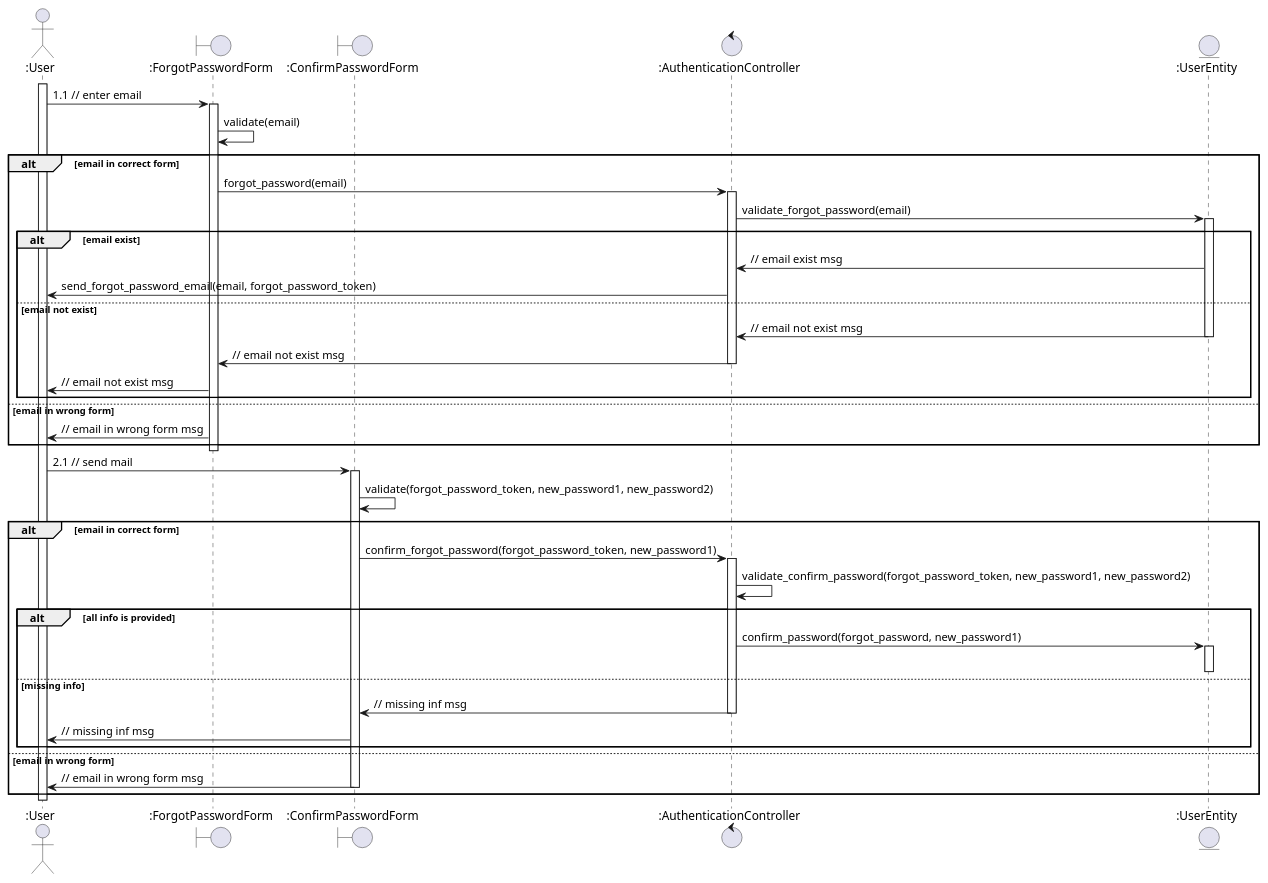
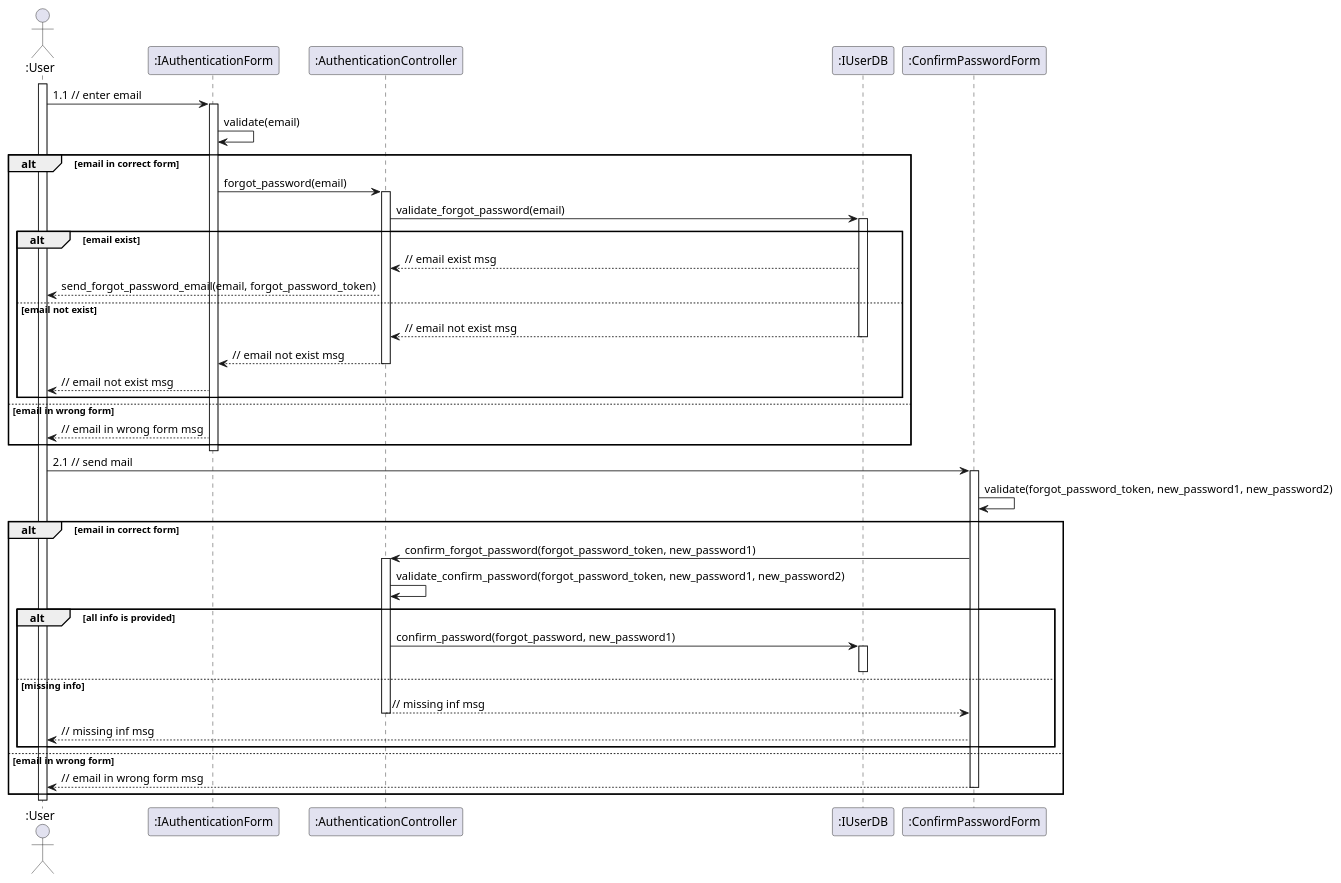
Before and after one commit to anonyhostvn/OOAD-Diagram: the diagram in sequence - design/authentication/forgotPassword.plantuml, drawn with PlantUML. The commit also changed 14 other files, not shown here.

Commit message:
sequenceDiagramAuthenticationUpdateFull

```diff
--- a/sequence - design/authentication/forgotPassword.plantuml
+++ b/sequence - design/authentication/forgotPassword.plantuml
@@ -1,63 +1,59 @@
 @startuml
 actor ":User"
-boundary ":ForgotPasswordForm"
-boundary ":ConfirmPasswordForm"
-control ":AuthenticationController"
-entity ":UserEntity"
 
 activate ":User"
-":User" -> ":ForgotPasswordForm" : 1.1 // enter email
-activate ":ForgotPasswordForm"
-":ForgotPasswordForm" -> ":ForgotPasswordForm" : validate(email)
+":User" -> ":IAuthenticationForm" : 1.1 // enter email
+activate ":IAuthenticationForm"
+":IAuthenticationForm" -> ":IAuthenticationForm" : validate(email)
 
 alt email in correct form
 
-":ForgotPasswordForm" -> ":AuthenticationController" : forgot_password(email)
+":IAuthenticationForm" -> ":AuthenticationController" : forgot_password(email)
 
 activate ":AuthenticationController"
-":AuthenticationController" -> ":UserEntity" : validate_forgot_password(email)
-activate ":UserEntity"
+":AuthenticationController" -> ":IUserDB" : validate_forgot_password(email)
+activate ":IUserDB"
 
 alt email exist
-":UserEntity" -> ":AuthenticationController" : // email exist msg
-":AuthenticationController" -> ":User" : send_forgot_password_email(email, forgot_password_token)
+":IUserDB" --> ":AuthenticationController" : // email exist msg
+":AuthenticationController" --> ":User" : send_forgot_password_email(email, forgot_password_token)
 else email not exist
 
-":UserEntity" -> ":AuthenticationController" : // email not exist msg
-deactivate ":UserEntity"
-":AuthenticationController" -> ":ForgotPasswordForm" : // email not exist msg
+":IUserDB" --> ":AuthenticationController" : // email not exist msg
+deactivate ":IUserDB"
+":AuthenticationController" --> ":IAuthenticationForm" : // email not exist msg
 deactivate ":AuthenticationController"
-":ForgotPasswordForm" -> ":User" : // email not exist msg
+":IAuthenticationForm" --> ":User" : // email not exist msg
 end
 
 else email in wrong form
-":ForgotPasswordForm" -> ":User" : // email in wrong form msg
+":IAuthenticationForm" --> ":User" : // email in wrong form msg
 
 end
-deactivate ":ForgotPasswordForm"
+deactivate ":IAuthenticationForm"
 ":User" -> ":ConfirmPasswordForm" : 2.1 // send mail
 activate ":ConfirmPasswordForm"
 ":ConfirmPasswordForm" -> ":ConfirmPasswordForm" : validate(forgot_password_token, new_password1, new_password2)
 alt email in correct form
 
 ":ConfirmPasswordForm" -> ":AuthenticationController" : confirm_forgot_password(forgot_password_token, new_password1)
 activate ":AuthenticationController"
 ":AuthenticationController" -> ":AuthenticationController" : validate_confirm_password(forgot_password_token, new_password1, new_password2)
 
 
 alt all info is provided
-":AuthenticationController" -> ":UserEntity" : confirm_password(forgot_password, new_password1)
+":AuthenticationController" -> ":IUserDB" : confirm_password(forgot_password, new_password1)
 
-activate ":UserEntity"
-deactivate ":UserEntity"
+activate ":IUserDB"
+deactivate ":IUserDB"
 else missing info
-":AuthenticationController" -> ":ConfirmPasswordForm" : // missing inf msg
+":AuthenticationController" --> ":ConfirmPasswordForm" : // missing inf msg
 deactivate ":AuthenticationController"
-":ConfirmPasswordForm" -> ":User" : // missing inf msg
+":ConfirmPasswordForm" --> ":User" : // missing inf msg
 end
 else email in wrong form
-":ConfirmPasswordForm" -> ":User" : // email in wrong form msg
+":ConfirmPasswordForm" --> ":User" : // email in wrong form msg
 deactivate ":ConfirmPasswordForm"
 end
 deactivate ":User"
 @enduml
```
